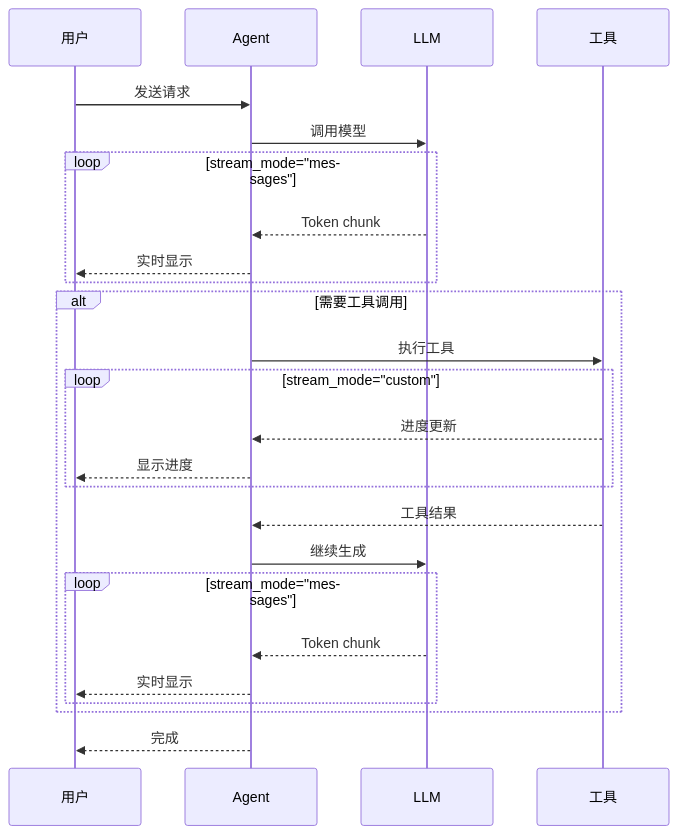
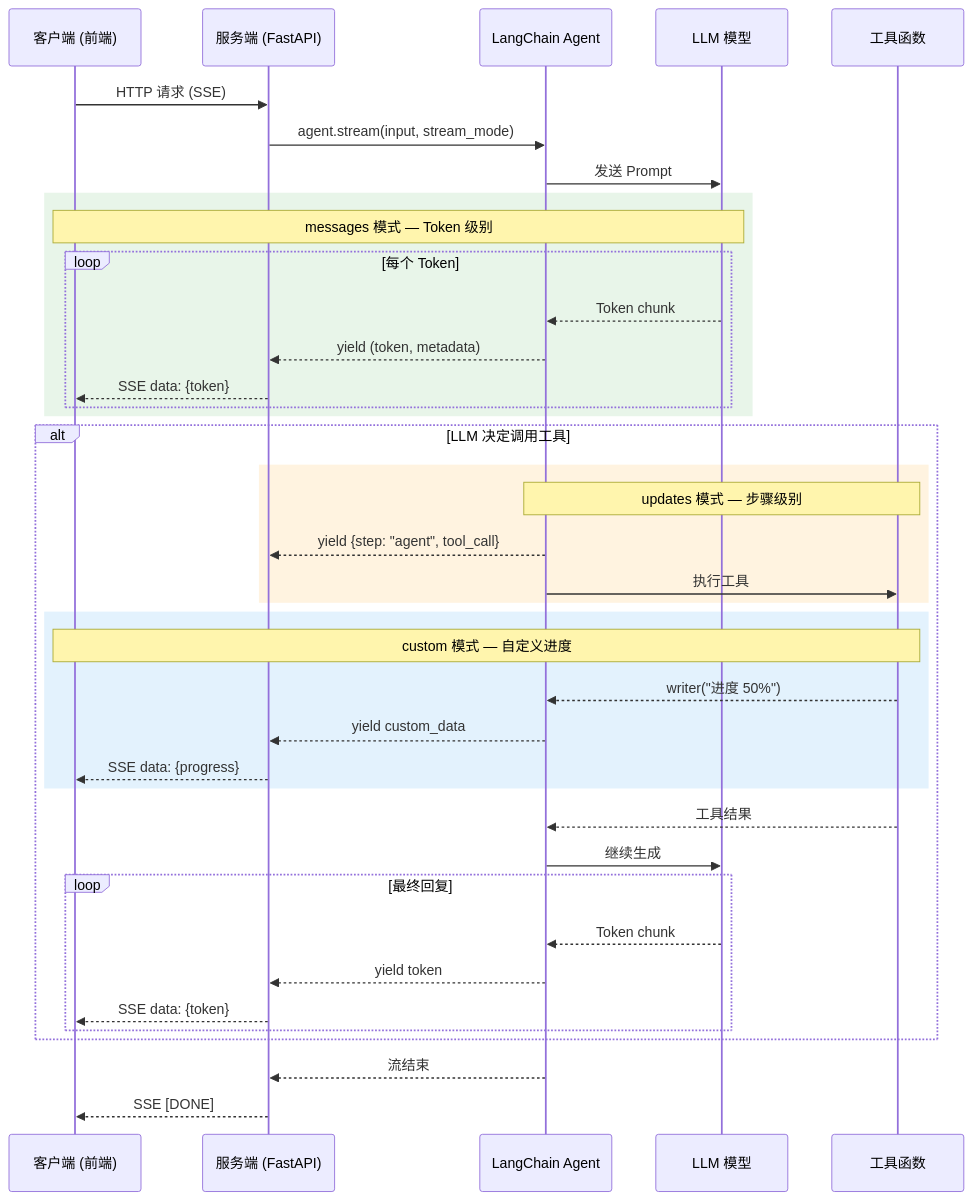
Before and after one commit to Allen619/FrameLab: the diagram in docs/ai/langchain/guide/streaming.md, drawn with Mermaid. The commit also changed other lines of this file and 199 other files, not shown here.

````diff
--- a/docs/ai/langchain/guide/streaming.md
+++ b/docs/ai/langchain/guide/streaming.md
@@ -206,34 +36,45 @@
 ```mermaid
 sequenceDiagram
-    participant User as 用户
-    participant Agent as Agent
-    participant LLM as LLM
-    participant Tool as 工具
+    participant C as 客户端 (前端)
+    participant S as 服务端 (FastAPI)
+    participant A as LangChain Agent
+    participant M as LLM 模型
+    participant T as 工具函数
 
-    User->>Agent: 发送请求
-    Agent->>LLM: 调用模型
+    C->>S: HTTP 请求 (SSE)
+    S->>A: agent.stream(input, stream_mode)
+    A->>M: 发送 Prompt
 
-    loop stream_mode="messages"
-        LLM-->>Agent: Token chunk
-        Agent-->>User: 实时显示
-    end
-
-    alt 需要工具调用
-        Agent->>Tool: 执行工具
-
-        loop stream_mode="custom"
-            Tool-->>Agent: 进度更新
-            Agent-->>User: 显示进度
-        end
-
-        Tool-->>Agent: 工具结果
-        Agent->>LLM: 继续生成
-
-        loop stream_mode="messages"
-            LLM-->>Agent: Token chunk
-            Agent-->>User: 实时显示
+    rect rgb(232, 245, 233)
+        Note over M,C: messages 模式 — Token 级别
+        loop 每个 Token
+            M-->>A: Token chunk
+            A-->>S: yield (token, metadata)
+            S-->>C: SSE data: {token}
         end
     end
 
-    Agent-->>User: 完成
+    alt LLM 决定调用工具
+        rect rgb(255, 243, 224)
+            Note over A,T: updates 模式 — 步骤级别
+            A-->>S: yield {step: "agent", tool_call}
+            A->>T: 执行工具
+        end
+        rect rgb(227, 242, 253)
+            Note over T,C: custom 模式 — 自定义进度
+            T-->>A: writer("进度 50%")
+            A-->>S: yield custom_data
+            S-->>C: SSE data: {progress}
+        end
+        T-->>A: 工具结果
+        A->>M: 继续生成
+        loop 最终回复
+            M-->>A: Token chunk
+            A-->>S: yield token
+            S-->>C: SSE data: {token}
+        end
+    end
+
+    A-->>S: 流结束
+    S-->>C: SSE [DONE]
 ```
````
